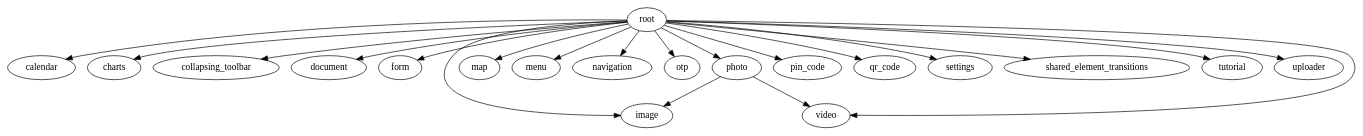
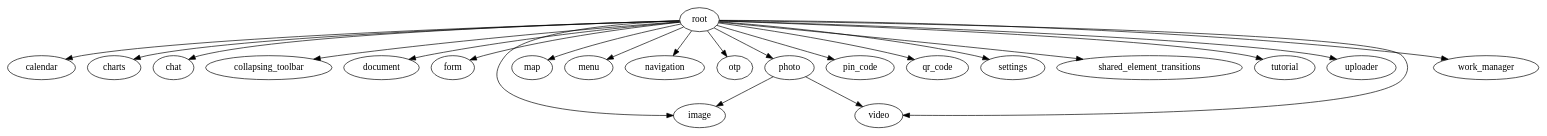
Before and after one commit to VitalyPerm/MobileUp-Android-Samples: the diagram in features/module_graph/modules.dot, drawn with Graphviz. The commit also changed 23 other files, not shown here.

Commit message:
Create sample for periodic WorkManager task

```diff
--- a/features/module_graph/modules.dot
+++ b/features/module_graph/modules.dot
@@ -1,41 +1,45 @@
 digraph {
 calendar
 charts
+chat
 collapsing_toolbar
 document
 form
 image
 map
 menu
 navigation
 otp
 photo
 pin_code
 qr_code
 root
 settings
 shared_element_transitions
 tutorial
 uploader
 video
+work_manager
 photo -> image
 photo -> video
 root -> calendar
 root -> charts
+root -> chat
 root -> collapsing_toolbar
 root -> document
 root -> form
 root -> image
 root -> map
 root -> menu
 root -> navigation
 root -> otp
 root -> photo
 root -> pin_code
 root -> qr_code
 root -> settings
 root -> shared_element_transitions
 root -> tutorial
 root -> uploader
 root -> video
+root -> work_manager
 }
```
